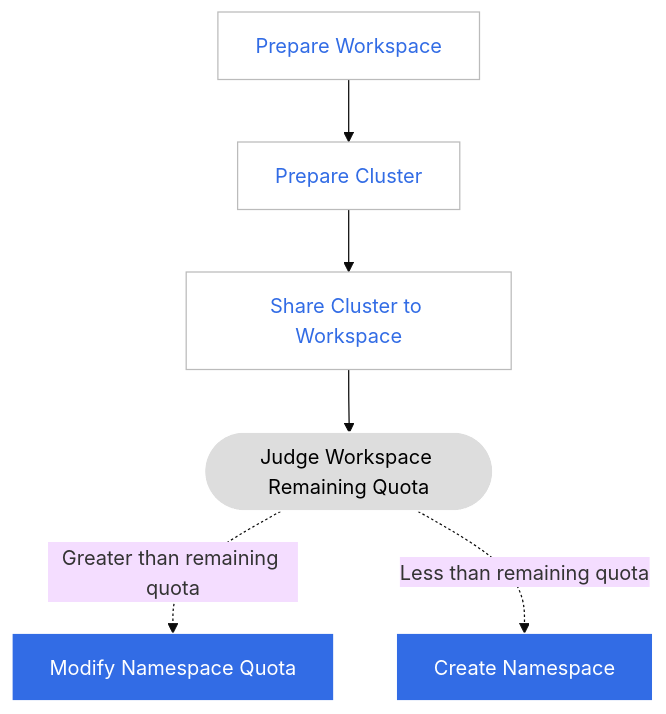
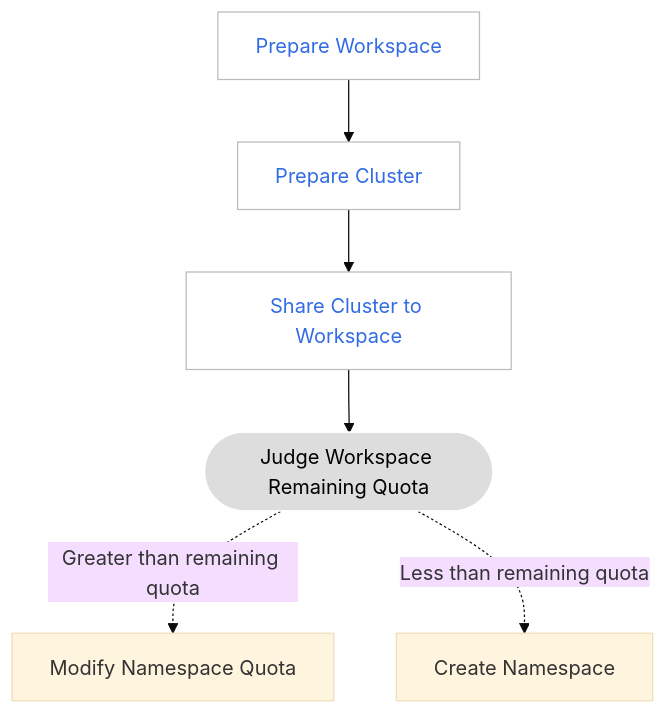
The diagram in docs/en/docs/ghippo/best-practice/cluster-for-multiws.md (DaoCloud/DaoCloud-docs), drawn with Mermaid (base theme) before and after one commit. The commit also changed 24 other files, not shown here.

````diff
--- a/docs/en/docs/ghippo/best-practice/cluster-for-multiws.md
+++ b/docs/en/docs/ghippo/best-practice/cluster-for-multiws.md
@@ -27,23 +27,22 @@
 ```mermaid
 graph TB
 
 preparews[Prepare Workspace] --> preparecs[Prepare Cluster]
 --> share[Share Cluster to Workspace]
 --> judge([Judge Workspace Remaining Quota])
 judge -.Greater than remaining quota.->modifyns[Modify Namespace Quota]
 judge -.Less than remaining quota.->createns[Create Namespace]
 
 classDef plain fill:#ddd,stroke:#fff,stroke-width:1px,color:#000;
 classDef k8s fill:#326ce5,stroke:#fff,stroke-width:1px,color:#fff;
 classDef cluster fill:#fff,stroke:#bbb,stroke-width:1px,color:#326ce5;
 
 class preparews,preparecs,share, cluster;
 class judge plain
-class modifyns,createns k8s
 
 click preparews "https://docs.daocloud.io/en/ghippo/user-guide/workspace/cluster-for-multiws/#prepare-a-workspace"
 click preparecs "https://docs.daocloud.io/en/ghippo/user-guide/workspace/cluster-for-multiws/#prepare-a-cluster"
 click share "https://docs.daocloud.io/en/ghippo/user-guide/workspace/cluster-for-multiws/#add-a-cluster-to-the-workspace"
 click createns "https://docs.daocloud.io/en/amamba/user-guide/namespace/namespace/#create-a-namespace"
 click modifyns "https://docs.daocloud.io/en/amamba/user-guide/namespace/namespace/#namespace-quotas"
 ```
````
